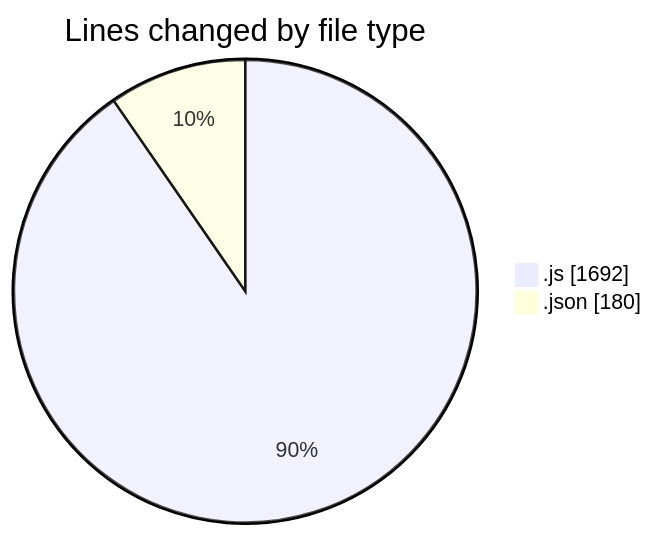
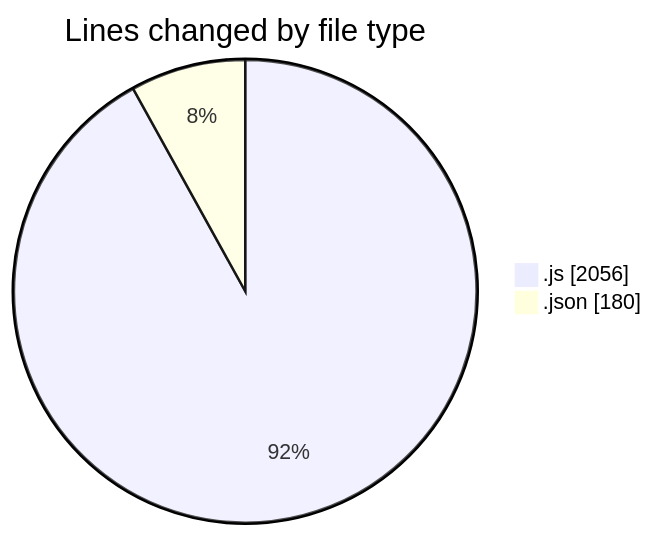
One commit to Ritupan-Deka/code-tracking changed the first of 2 diagrams in 2025-08-03/javascript/README.md. Above: the diagram before and after it, drawn with Mermaid. The commit also changed other lines of this file and 1 other file, not shown here.

````diff
--- a/2025-08-03/javascript/README.md
+++ b/2025-08-03/javascript/README.md
@@ -22,6 +22,6 @@
 ```mermaid
 pie showData
 title Lines changed by file type
-".js" : 1692
+".js" : 2056
 ".json" : 180
 ```
````
